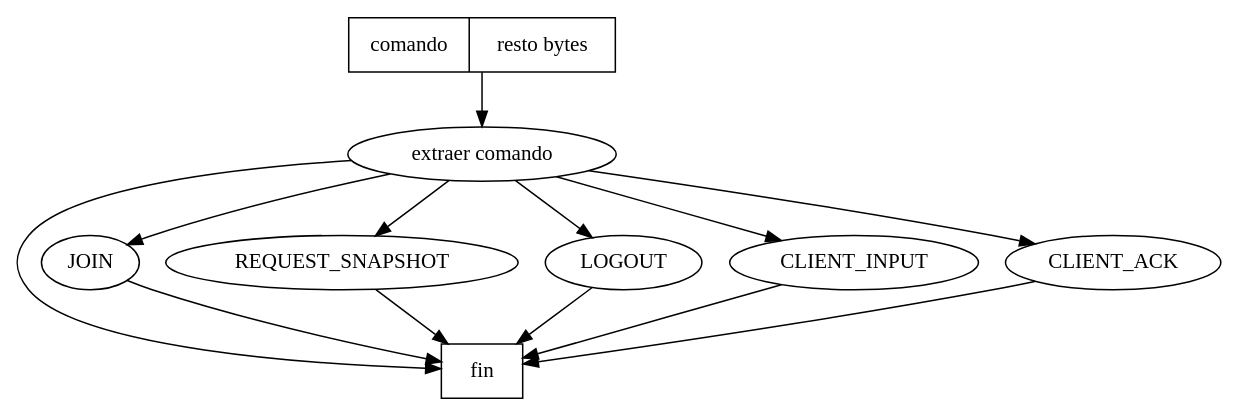
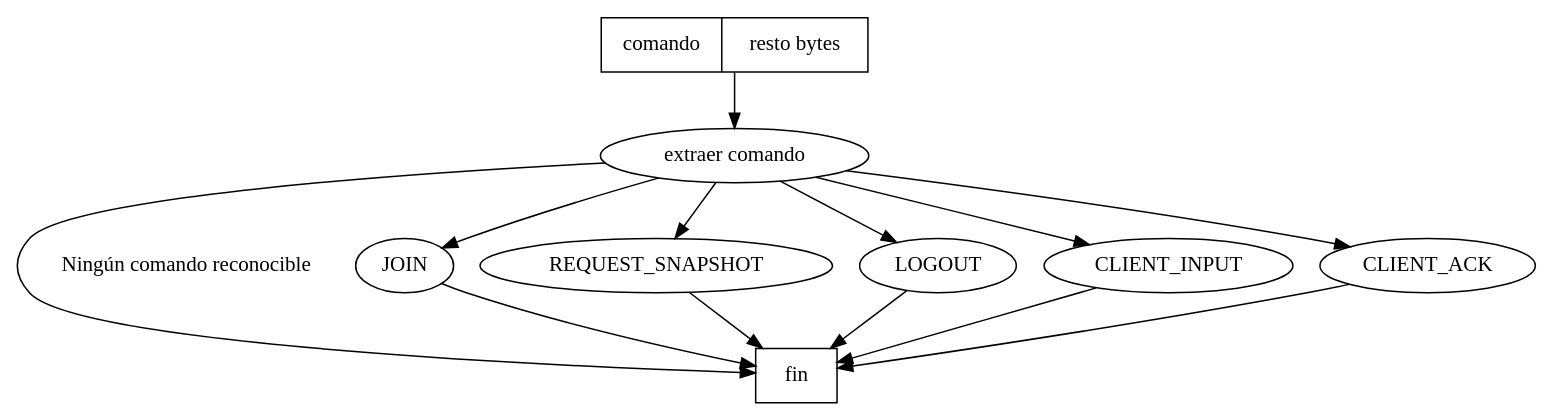
Before and after one commit to dotoscat/Polytank-ASIR: the second of 3 diagrams in docs/servidor.rst, drawn with Graphviz. The commit also changed other lines of this file, not shown here.

```diff
--- a/docs/servidor.rst
+++ b/docs/servidor.rst
@@ -51,9 +51,10 @@
     .. graphviz::
 
         digraph datagrama {
             "data" [shape=record,label="comando|resto bytes"];
             "data" -> "extraer comando";
             "fin" [shape=box];
-            "extraer comando" -> {"JOIN", "REQUEST_SNAPSHOT", "LOGOUT", "CLIENT_INPUT", "CLIENT_ACK", "fin"};
+            "extraer comando" -> "fin" [label="Ningún comando reconocible"];
+            "extraer comando" -> {"JOIN", "REQUEST_SNAPSHOT", "LOGOUT", "CLIENT_INPUT", "CLIENT_ACK"};
             {"JOIN", "REQUEST_SNAPSHOT", "LOGOUT", "CLIENT_INPUT", "CLIENT_ACK"} -> "fin";
         }
```
